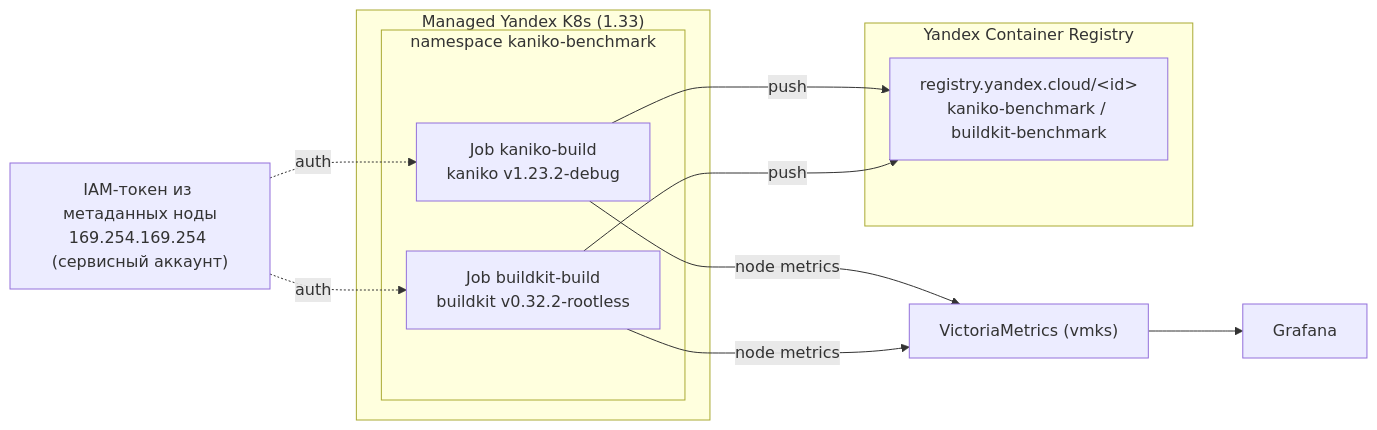
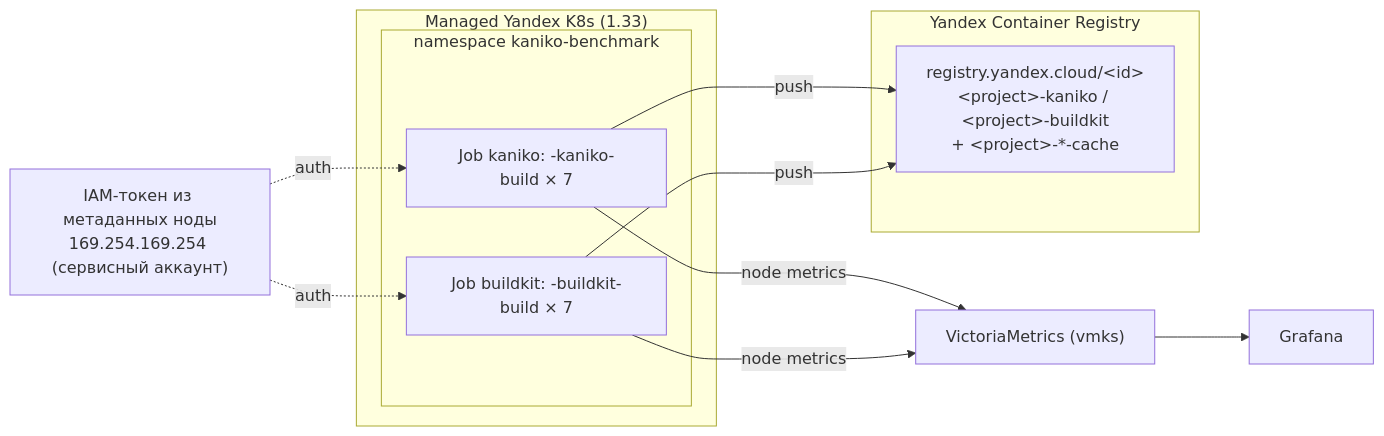
Before and after one commit to patsevanton/buildkit-vs-kaniko-benchmark: the diagram in README.md, drawn with Mermaid. The commit also changed other lines of this file and 48 other files, not shown here.

````diff
--- a/README.md
+++ b/README.md
@@ -26,27 +40,27 @@
 ```mermaid
 flowchart LR
     subgraph K8s["Managed Yandex K8s (1.33)"]
-        K1["Job kaniko-build<br/>kaniko v1.23.2-debug"]
-        B1["Job buildkit-build<br/>buildkit v0.32.2-rootless"]
+        F1["Job kaniko: <project>-kaniko-build × 7"]
+        F2["Job buildkit: <project>-buildkit-build × 7"]
         subgraph NS["namespace kaniko-benchmark"]
-            K1
-            B1
+            F1
+            F2
         end
     end
 
     subgraph YCR["Yandex Container Registry"]
-        R["registry.yandex.cloud/&lt;id&gt;<br/>kaniko-benchmark / buildkit-benchmark"]
+        R["registry.yandex.cloud/&lt;id&gt;<br/>&lt;project&gt;-kaniko / &lt;project&gt;-buildkit<br/>+ &lt;project&gt;-*-cache"]
     end
 
     MET["IAM-токен из метаданных ноды<br/>169.254.169.254 (сервисный аккаунт)"]
     VM["VictoriaMetrics (vmks)"]
     G["Grafana"]
 
-    K1 -->|"push"| R
-    B1 -->|"push"| R
-    MET -.->|"auth"| K1
-    MET -.->|"auth"| B1
-    K1 -->|"node metrics"| VM
-    B1 -->|"node metrics"| VM
+    F1 -->|"push"| R
+    F2 -->|"push"| R
+    MET -.->|"auth"| F1
+    MET -.->|"auth"| F2
+    F1 -->|"node metrics"| VM
+    F2 -->|"node metrics"| VM
     VM --> G
 ```
````
